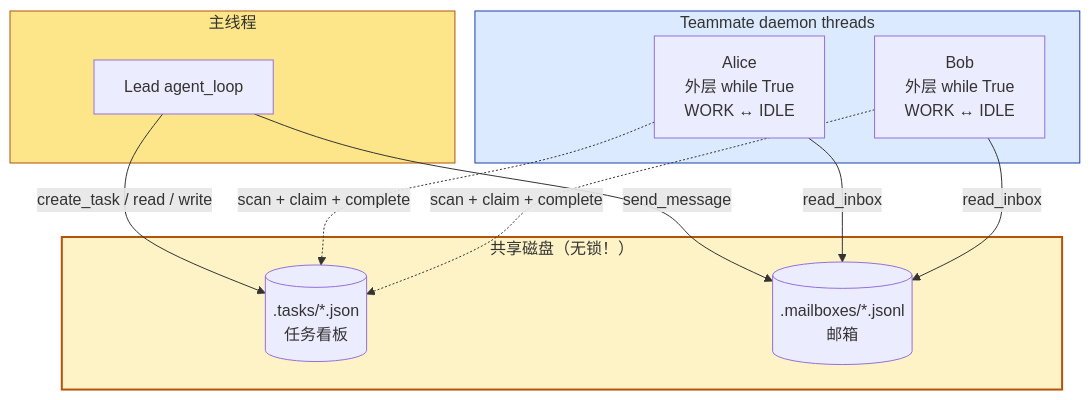
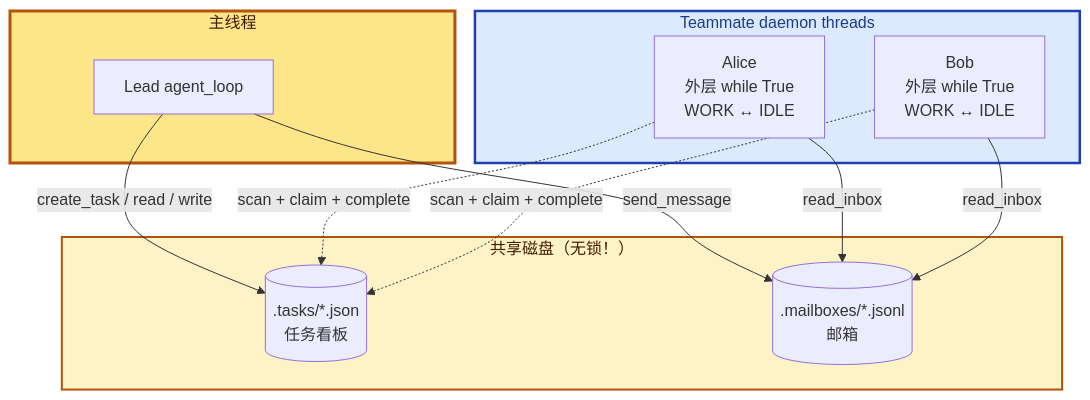
One commit to PyrePuin/From-Zero-LLM-Agent-Infra-Notes changed the fourth of 4 diagrams in Agent/Harness/Claude Code/Phase 5 - 多智能体/17 - Autonomous Agents.md. Above: the diagram before and after it, drawn with Mermaid. The commit also changed other lines of this file and 23 other files, not shown here.

First line of the commit message:
refactor(mermaid): 统一所有图的视觉规范

````diff
--- a/Agent/Harness/Claude Code/Phase 5 - 多智能体/17 - Autonomous Agents.md
+++ b/Agent/Harness/Claude Code/Phase 5 - 多智能体/17 - Autonomous Agents.md
@@ -689,27 +692,28 @@
 ```mermaid
+%%{init: {'themeVariables': {'fontSize': '16px', 'fontFamily': 'ui-sans-serif, system-ui, -apple-system, "Segoe UI", Roboto, sans-serif'}}}%%
 flowchart TB
     subgraph Main["主线程"]
         Lead["Lead agent_loop"]
     end
 
     subgraph Teammates["Teammate daemon threads"]
         A["Alice<br/>外层 while True<br/>WORK ↔ IDLE"]
         B["Bob<br/>外层 while True<br/>WORK ↔ IDLE"]
     end
 
     subgraph SharedDisk["共享磁盘（无锁！）"]
         Tasks[(".tasks/*.json<br/>任务看板")]
         Mail[(".mailboxes/*.jsonl<br/>邮箱")]
     end
 
     Lead -->|"create_task / read / write"| Tasks
     A -.->|"scan + claim + complete"| Tasks
     B -.->|"scan + claim + complete"| Tasks
     Lead -->|"send_message"| Mail
     A -->|"read_inbox"| Mail
     B -->|"read_inbox"| Mail
 
-    style Main fill:#fde68a,stroke:#b45309
-    style Teammates fill:#dbeafe,stroke:#1e40af
-    style SharedDisk fill:#fef3c7,stroke:#b45309,stroke-width:2px
+    style Main fill:#fde68a,stroke:#b45309,stroke-width:3px,color:#451a03
+    style Teammates fill:#dbeafe,stroke:#1e40af,stroke-width:2.5px,color:#1e3a8a
+    style SharedDisk fill:#fef3c7,stroke:#b45309,stroke-width:2px,color:#451a03
 ```
````
